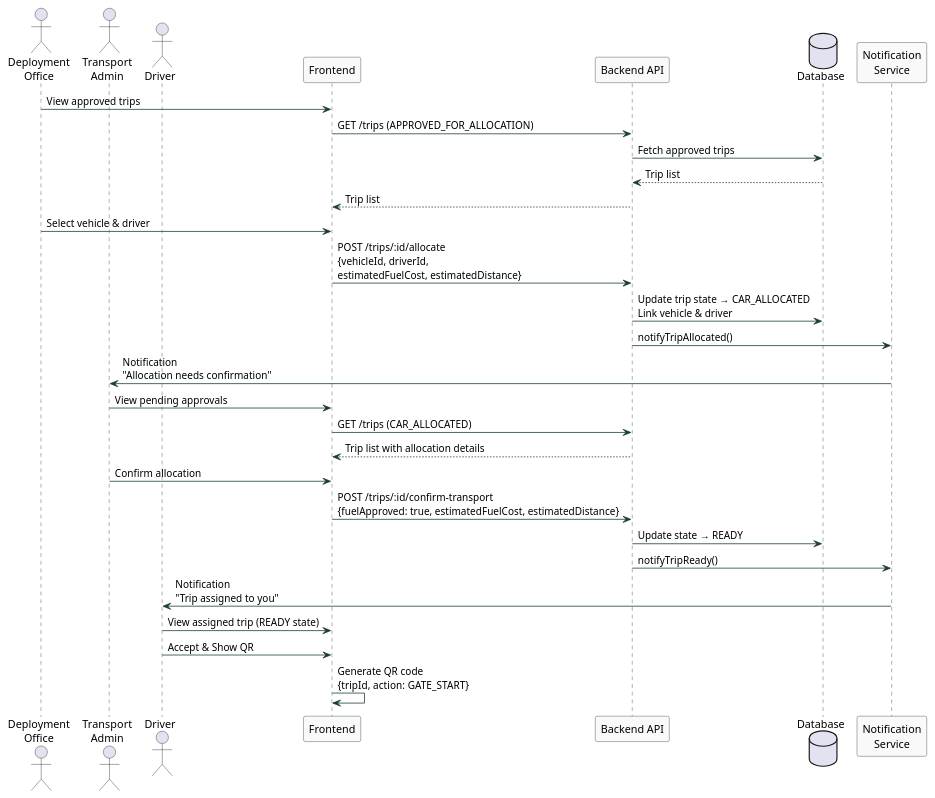
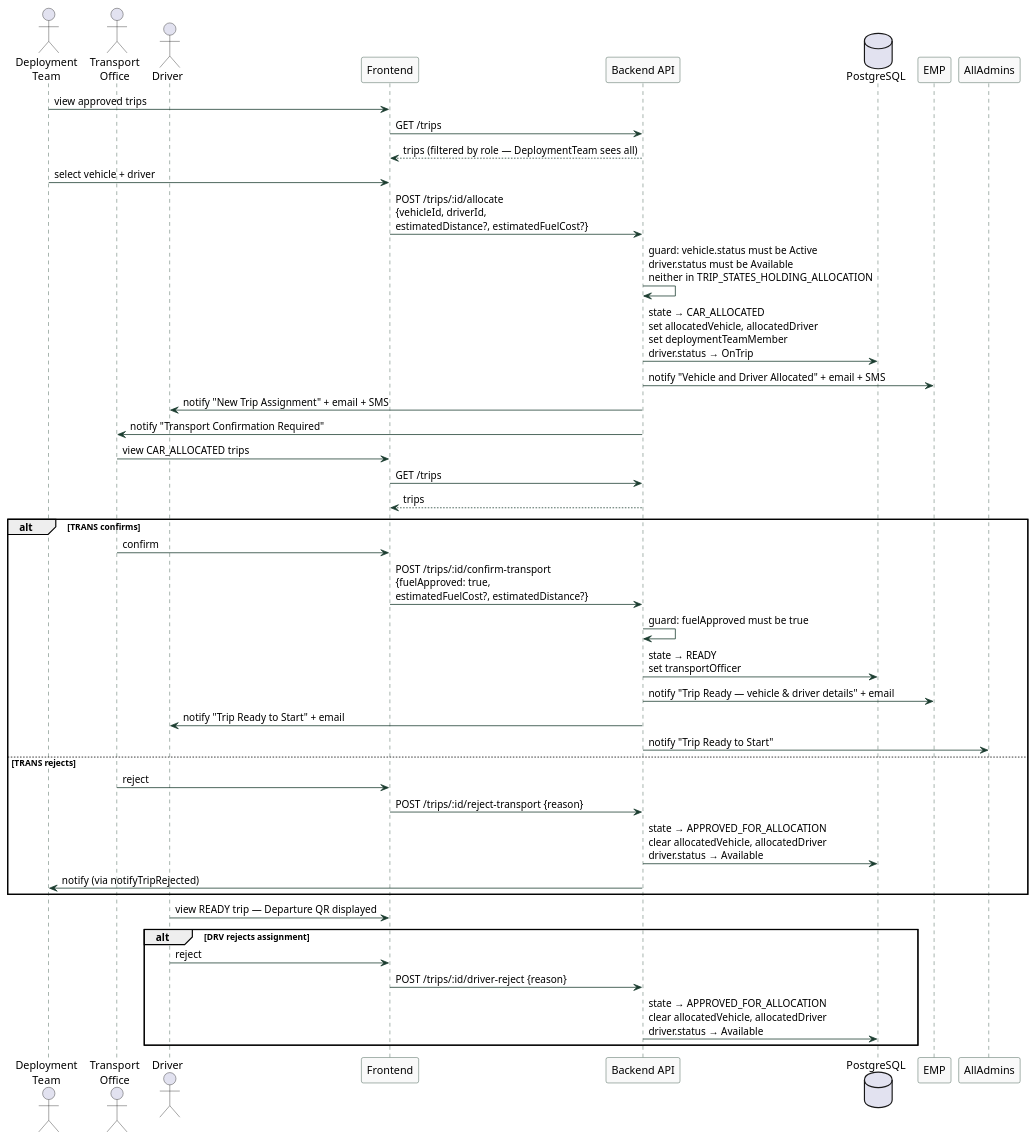
The seventh of 9 diagrams in docs/sequence-diagrams.md (etrnkz/Fleet-Management-System), drawn with PlantUML before and after one commit. The commit also changed other lines of this file and 18 other files, not shown here.

Commit message:
docs: add state diagram, update sequence diagrams, use case diagram, database schema

````diff
--- a/docs/sequence-diagrams.md
+++ b/docs/sequence-diagrams.md
@@ -107,43 +269,57 @@
 ```plantuml
 @startuml SD_Allocation
-
 skinparam sequenceArrowColor #1B3D2F
 skinparam sequenceLifeLineBorderColor #1B3D2F
 skinparam sequenceParticipantBorderColor #1B3D2F
 skinparam sequenceParticipantBackgroundColor #f9f9f9
 
-actor "Deployment\nOffice" as DEPLOY
-actor "Transport\nAdmin" as TRANS
+actor "Deployment\nTeam" as DEPLOY
+actor "Transport\nOffice" as TRANS
 actor "Driver" as DRV
 participant "Frontend" as FE
 participant "Backend API" as BE
-database "Database" as DB
-participant "Notification\nService" as NS
+database "PostgreSQL" as DB
 
-DEPLOY -> FE : View approved trips
-FE -> BE : GET /trips (APPROVED_FOR_ALLOCATION)
-BE -> DB : Fetch approved trips
-DB --> BE : Trip list
-BE --> FE : Trip list
+DEPLOY -> FE : view approved trips
+FE -> BE : GET /trips
+BE --> FE : trips (filtered by role — DeploymentTeam sees all)
 
-DEPLOY -> FE : Select vehicle & driver
-FE -> BE : POST /trips/:id/allocate\n{vehicleId, driverId,\nestimatedFuelCost, estimatedDistance}
-BE -> DB : Update trip state → CAR_ALLOCATED\nLink vehicle & driver
-BE -> NS : notifyTripAllocated()
-NS -> TRANS : Notification\n"Allocation needs confirmation"
+DEPLOY -> FE : select vehicle + driver
+FE -> BE : POST /trips/:id/allocate\n{vehicleId, driverId,\nestimatedDistance?, estimatedFuelCost?}
+BE -> BE : guard: vehicle.status must be Active\ndriver.status must be Available\nneither in TRIP_STATES_HOLDING_ALLOCATION
+BE -> DB : state → CAR_ALLOCATED\nset allocatedVehicle, allocatedDriver\nset deploymentTeamMember\ndriver.status → OnTrip
+BE -> EMP : notify "Vehicle and Driver Allocated" + email + SMS
+BE -> DRV : notify "New Trip Assignment" + email + SMS
+BE -> TRANS : notify "Transport Confirmation Required"
 
-TRANS -> FE : View pending approvals
-FE -> BE : GET /trips (CAR_ALLOCATED)
-BE --> FE : Trip list with allocation details
-TRANS -> FE : Confirm allocation
-FE -> BE : POST /trips/:id/confirm-transport\n{fuelApproved: true, estimatedFuelCost, estimatedDistance}
-BE -> DB : Update state → READY
-BE -> NS : notifyTripReady()
-NS -> DRV : Notification\n"Trip assigned to you"
+TRANS -> FE : view CAR_ALLOCATED trips
+FE -> BE : GET /trips
+BE --> FE : trips
 
-DRV -> FE : View assigned trip (READY state)
-DRV -> FE : Accept & Show QR
-FE -> FE : Generate QR code\n{tripId, action: GATE_START}
+alt TRANS confirms
+  TRANS -> FE : confirm
+  FE -> BE : POST /trips/:id/confirm-transport\n{fuelApproved: true,\nestimatedFuelCost?, estimatedDistance?}
+  BE -> BE : guard: fuelApproved must be true
+  BE -> DB : state → READY\nset transportOfficer
+  BE -> EMP : notify "Trip Ready — vehicle & driver details" + email
+  BE -> DRV : notify "Trip Ready to Start" + email
+  BE -> AllAdmins : notify "Trip Ready to Start"
+
+else TRANS rejects
+  TRANS -> FE : reject
+  FE -> BE : POST /trips/:id/reject-transport {reason}
+  BE -> DB : state → APPROVED_FOR_ALLOCATION\nclear allocatedVehicle, allocatedDriver\ndriver.status → Available
+  BE -> DEPLOY : notify (via notifyTripRejected)
+
+end
+
+DRV -> FE : view READY trip — Departure QR displayed
+
+alt DRV rejects assignment
+  DRV -> FE : reject
+  FE -> BE : POST /trips/:id/driver-reject {reason}
+  BE -> DB : state → APPROVED_FOR_ALLOCATION\nclear allocatedVehicle, allocatedDriver\ndriver.status → Available
+end
 
 @enduml
 ```
````
